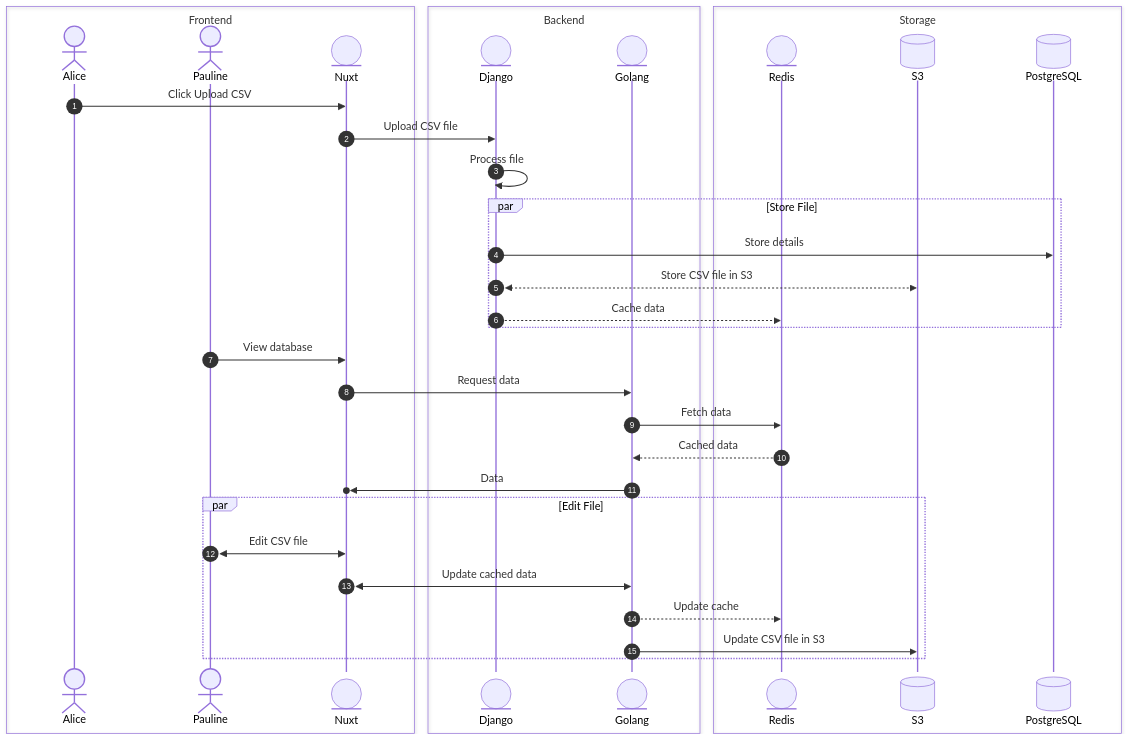
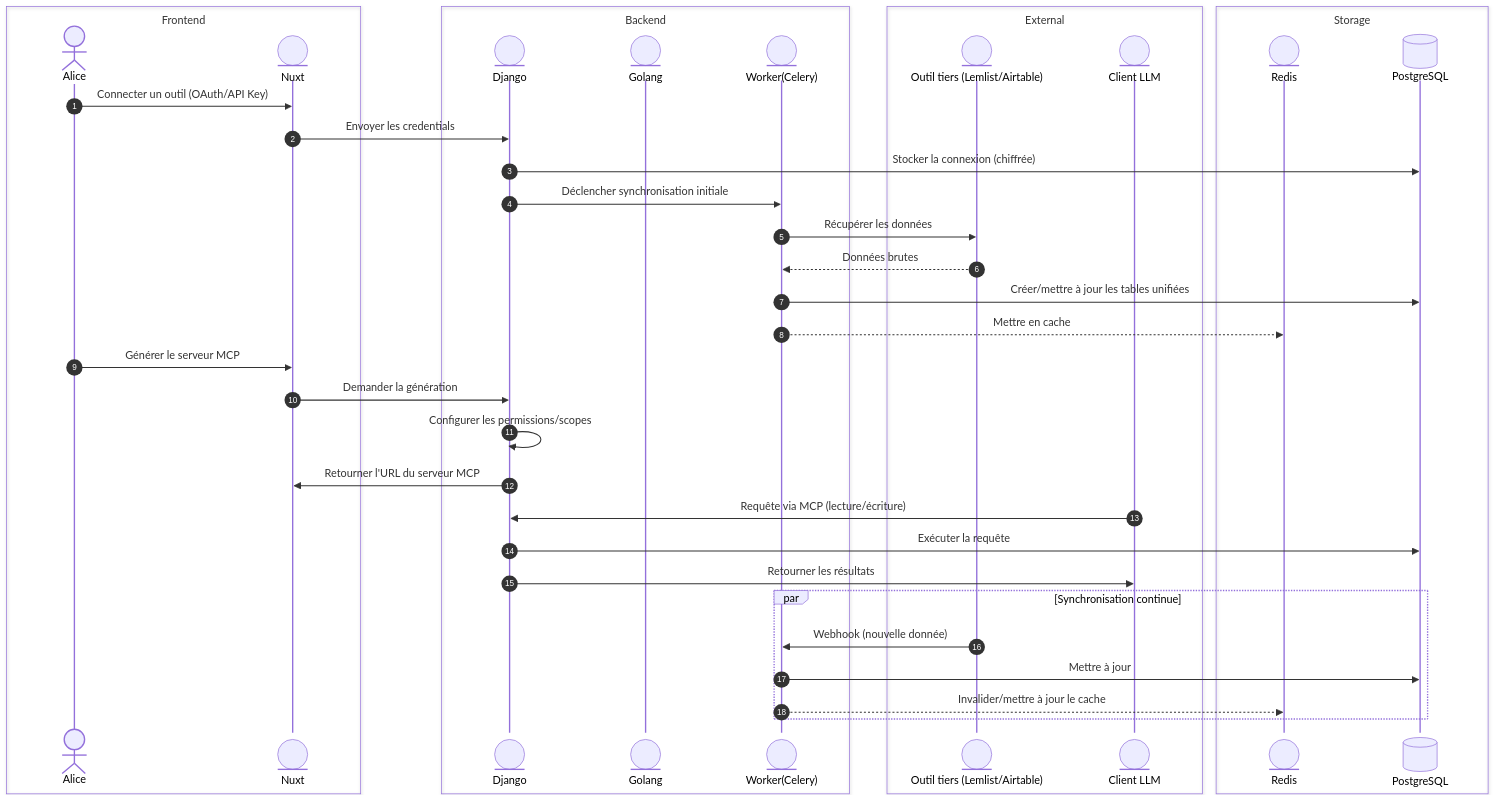
The second of 3 diagrams in docs/ARCHITECTURE.md (Zadigo/mydatabase), drawn with Mermaid before and after one commit. The commit also changed other lines of this file and 2 other files, not shown here.

````diff
--- a/docs/ARCHITECTURE.md
+++ b/docs/ARCHITECTURE.md
@@ -89,44 +72,49 @@
 ```mermaid
 sequenceDiagram
 autonumber
 
 box Frontend
 actor U as Alice
-actor P as Pauline
 participant N@{type: "entity"} as Nuxt
 end
 
 box Backend
 participant D@{type: "entity"} as Django
 participant G@{type: "entity"} as Golang
+participant W@{type: "entity"} as Worker(Celery)
+end
+
+box External
+participant T@{type: "entity"} as Outil tiers (Lemlist/Airtable)
+participant LLM@{type: "entity"} as Client LLM
 end
 
 box Storage
 participant R@{type: "entity"} as Redis
-participant S@{type: "database"} as S3
 participant PG@{type: "database"} as PostgreSQL
 end
 
-U->>N: Click Upload CSV
-N->>D: Upload CSV file
-D->>D: Process file
+U->>N: Connecter un outil (OAuth/API Key)
+N->>D: Envoyer les credentials
+D->>PG: Stocker la connexion (chiffrée)
+D->>W: Déclencher synchronisation initiale
+W->>T: Récupérer les données
+T-->>W: Données brutes
+W->>PG: Créer/mettre à jour les tables unifiées
+W-->>R: Mettre en cache
 
-par Store File
-D->>PG: Store details
-D<<-->>S: Store CSV file in S3
-D-->>R: Cache data
-end
+U->>N: Générer le serveur MCP
+N->>D: Demander la génération
+D->>D: Configurer les permissions/scopes
+D->>N: Retourner l'URL du serveur MCP
 
-P->>N: View database
-N->>G: Request data
-G->>R: Fetch data
-R-->>G: Cached data
-G->>()N: Data
+LLM->>D: Requête via MCP (lecture/écriture)
+D->>PG: Exécuter la requête
+D->>LLM: Retourner les résultats
 
-par Edit File
-P<<->>N: Edit CSV file
-N<<->>G: Update cached data
-G-->>R: Update cache
-G->>S: Update CSV file in S3
+par Synchronisation continue
+T->>W: Webhook (nouvelle donnée)
+W->>PG: Mettre à jour
+W-->>R: Invalider/mettre à jour le cache
 end
 ```
````
